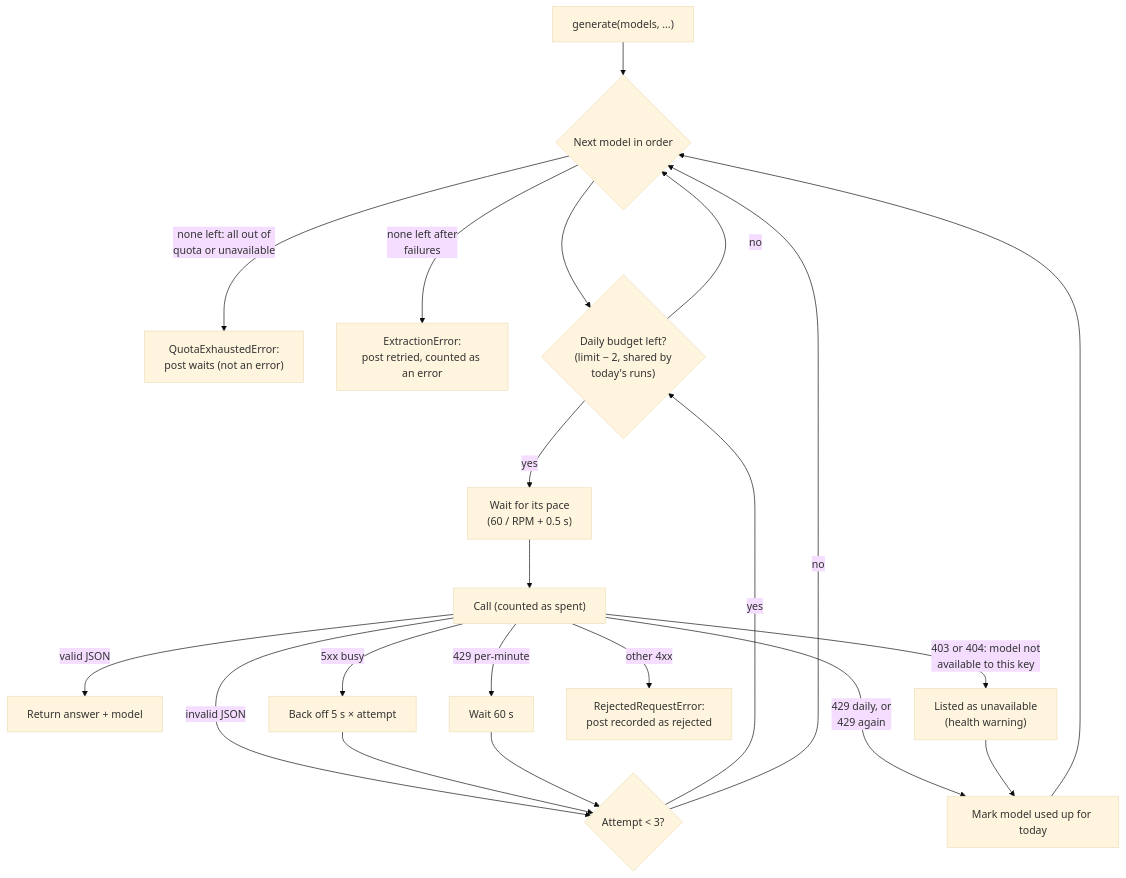
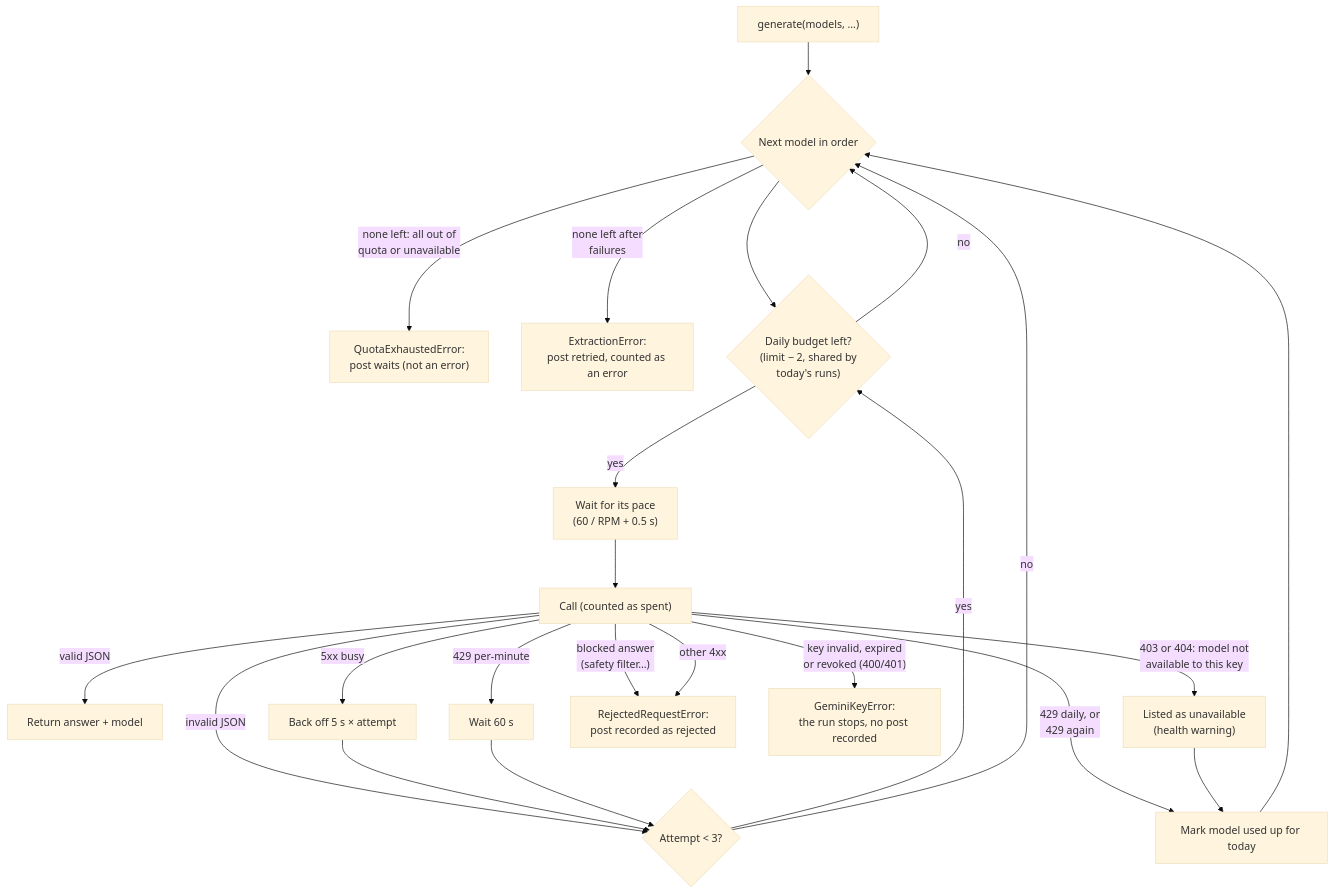
Before and after one commit to pa-bailar/backend: the fifth of 12 diagrams in docs/ARCHITECTURE.md, drawn with Mermaid (base theme). The commit also changed other lines of this file and 2 other files, not shown here.

Commit message:
docs: review findings and drift: workflow jobs, Gemini errors, health streaks, capacity, code map

````diff
--- a/docs/ARCHITECTURE.md
+++ b/docs/ARCHITECTURE.md
@@ -488,18 +495,20 @@
 ```mermaid
 flowchart TD
     S["generate(models, …)"] --> M{"Next model in order"}
     M -->|"none left: all out of<br/>quota or unavailable"| Q["QuotaExhaustedError:<br/>post waits (not an error)"]
     M -->|"none left after<br/>failures"| E["ExtractionError:<br/>post retried, counted as an error"]
     M --> B{"Daily budget left?<br/>(limit − 2, shared by<br/>today's runs)"}
     B -->|no| M
     B -->|yes| PACE["Wait for its pace<br/>(60 / RPM + 0.5 s)"] --> CALL["Call (counted as spent)"]
     CALL -->|"valid JSON"| OK["Return answer + model"]
     CALL -->|"invalid JSON"| RETRY{"Attempt < 3?"}
     CALL -->|"5xx busy"| BACK["Back off 5 s × attempt"] --> RETRY
     CALL -->|"429 per-minute"| WAIT["Wait 60 s"] --> RETRY
     CALL -->|"429 daily, or<br/>429 again"| EXH["Mark model used up for today"] --> M
     CALL -->|"403 or 404: model not<br/>available to this key"| UNAV["Listed as unavailable<br/>(health warning)"] --> EXH
-    CALL -->|"other 4xx"| REJ["RejectedRequestError:<br/>post recorded as rejected"]
+    CALL -->|"blocked answer<br/>(safety filter…)"| REJ["RejectedRequestError:<br/>post recorded as rejected"]
+    CALL -->|"key invalid, expired<br/>or revoked (400/401)"| KEY["GeminiKeyError:<br/>the run stops, no post recorded"]
+    CALL -->|"other 4xx"| REJ
     RETRY -->|yes| B
     RETRY -->|no| M
 ```
````
